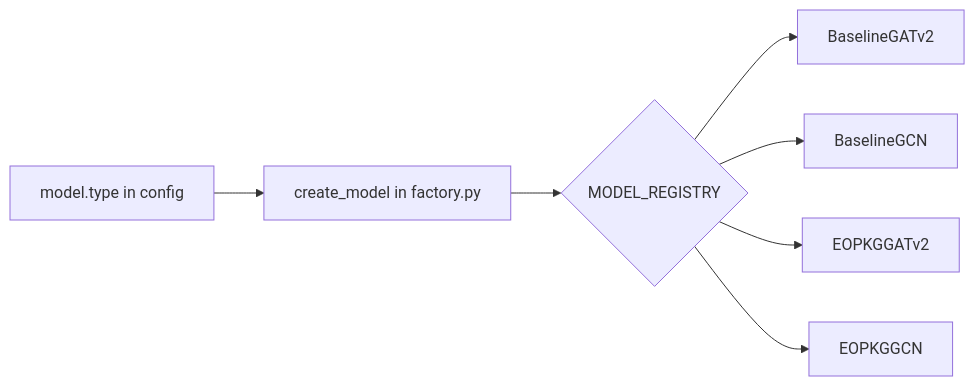
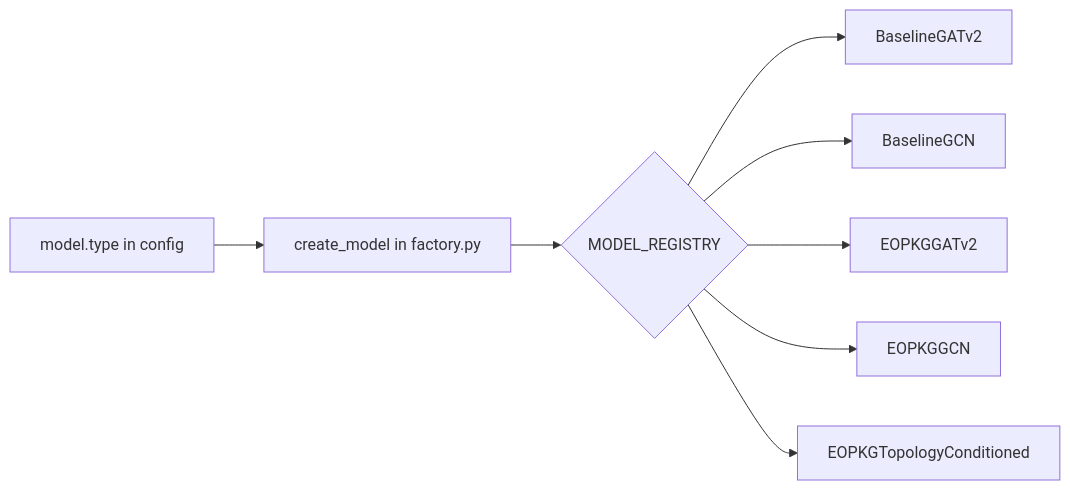
The first of 19 diagrams in docs/GNN_RUNTIME_MVP2_5.MD (ghsrg/bpm_prediction), drawn with Mermaid before and after one commit. The commit also changed other lines of this file and 38 other files, not shown here.

Commit message:
Implementation EOPKGTopologyConditioned model for candidate-id contract prediction

````diff
--- a/docs/GNN_RUNTIME_MVP2_5.MD
+++ b/docs/GNN_RUNTIME_MVP2_5.MD
@@ -35,9 +37,10 @@
 ```mermaid
 flowchart LR
     CFG[model.type in config] --> FACTORY[create_model in factory.py]
     FACTORY --> REG{MODEL_REGISTRY}
     REG --> BGAT[BaselineGATv2]
     REG --> BGCN[BaselineGCN]
     REG --> EGAT[EOPKGGATv2]
     REG --> EGCN[EOPKGGCN]
+    REG --> ETC[EOPKGTopologyConditioned]
 ```
````
